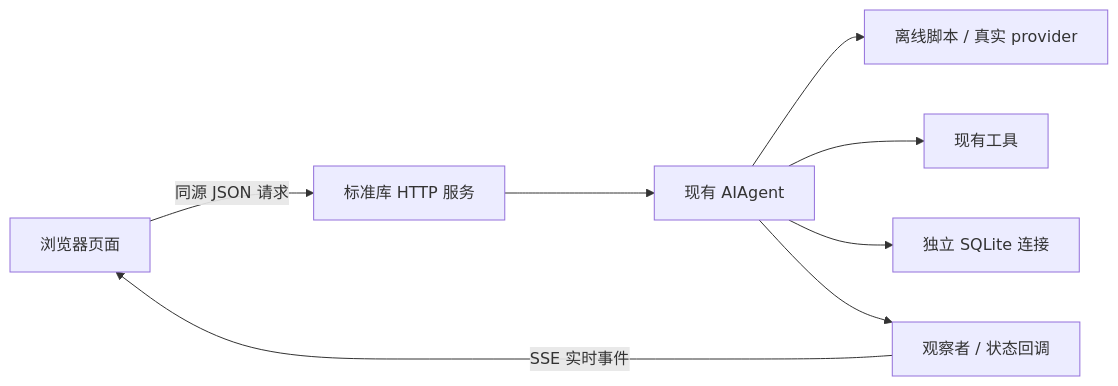
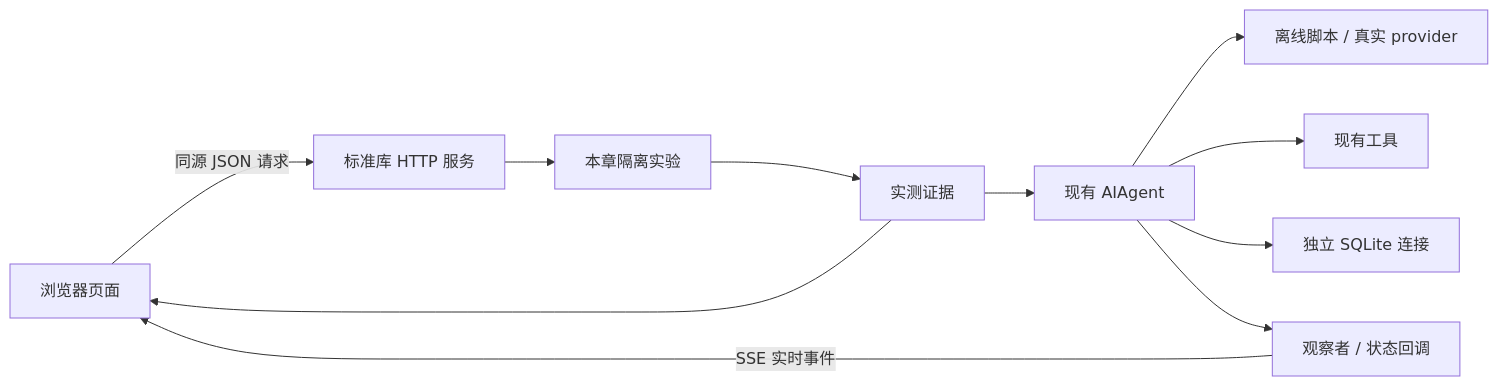
The diagram in WEB_DEMO.md (ICTQYC/mini-hermes-study), drawn with Mermaid before and after one commit. The commit also changed other lines of this file and 22 other files, not shown here.

````diff
--- a/WEB_DEMO.md
+++ b/WEB_DEMO.md
@@ -40,10 +72,13 @@
 ```mermaid
 flowchart LR
   UI[浏览器页面] -->|同源 JSON 请求| HTTP[标准库 HTTP 服务]
-  HTTP --> Agent[现有 AIAgent]
+  HTTP --> Lessons[本章隔离实验]
+  Lessons --> Evidence[实测证据]
+  Evidence --> UI
+  Evidence --> Agent[现有 AIAgent]
   Agent --> Provider[离线脚本 / 真实 provider]
   Agent --> Tools[现有工具]
   Agent --> DB[独立 SQLite 连接]
   Agent --> Hooks[观察者 / 状态回调]
   Hooks -->|SSE 实时事件| UI
 ```
````
